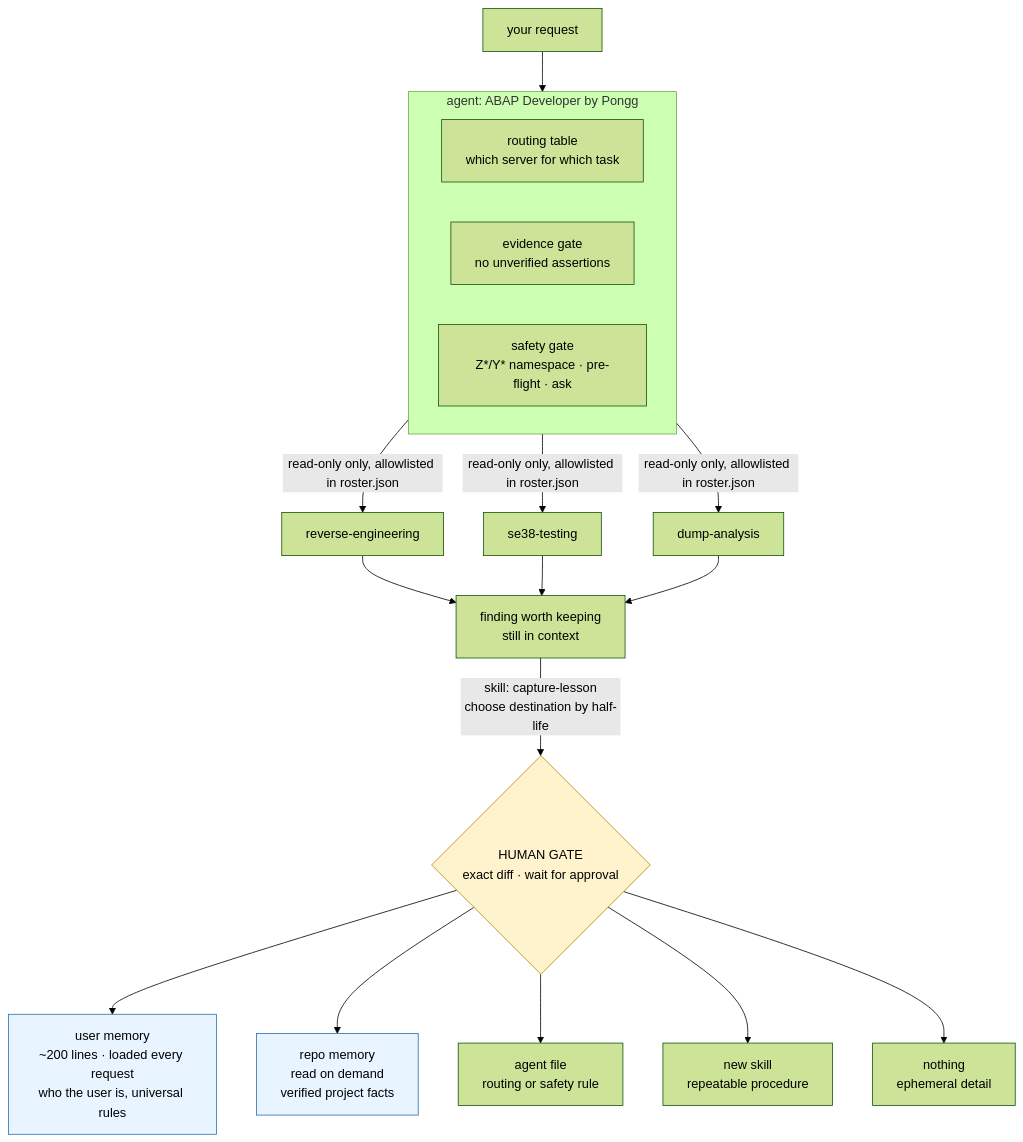
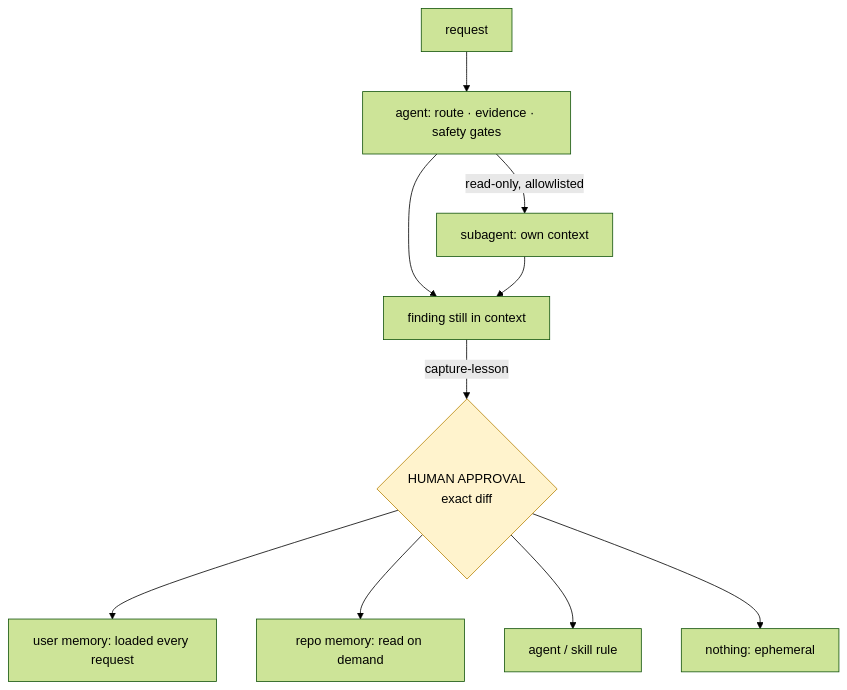
The diagram in README.md (naruepan2/abap-copilot-kit), drawn with Mermaid (forest theme) before and after one commit. The commit also changed other lines of this file, not shown here.

````diff
--- a/README.md
+++ b/README.md
@@ -99,30 +76,14 @@
 ```mermaid
 flowchart TD
-    U[your request] --> A
-
-    subgraph A[agent: ABAP Developer by Pongg]
-        R[routing table<br/>which server for which task]
-        E[evidence gate<br/>no unverified assertions]
-        S[safety gate<br/>Z*/Y* namespace · pre-flight · ask]
-    end
-
-    A -->|read-only only, allowlisted in roster.json| D1[reverse-engineering]
-    A -->|read-only only, allowlisted in roster.json| D2[se38-testing]
-    A -->|read-only only, allowlisted in roster.json| D3[dump-analysis]
-
-    D1 --> L[finding worth keeping<br/>still in context]
-    D2 --> L
-    D3 --> L
-
-    L -->|skill: capture-lesson<br/>choose destination by half-life| G{HUMAN GATE<br/>exact diff · wait for approval}
-    G --> M[user memory<br/>~200 lines · loaded every request<br/>who the user is, universal rules]
-    G --> P[repo memory<br/>read on demand<br/>verified project facts]
-    G --> F[agent file<br/>routing or safety rule]
-    G --> K[new skill<br/>repeatable procedure]
-    G --> X[nothing<br/>ephemeral detail]
-
+    U[request] --> A[agent: route · evidence · safety gates]
+    A -->|read-only, allowlisted| D[subagent: own context]
+    A --> L[finding still in context]
+    D --> L
+    L -->|capture-lesson| G{HUMAN APPROVAL<br/>exact diff}
+    G --> M[user memory: loaded every request]
+    G --> P[repo memory: read on demand]
+    G --> F[agent / skill rule]
+    G --> X[nothing: ephemeral]
     classDef gate fill:#fff3cd,stroke:#b8860b,color:#000
-    classDef mem fill:#e8f4ff,stroke:#2f6fa8,color:#000
     class G gate
-    class M,P mem
 ```
````
